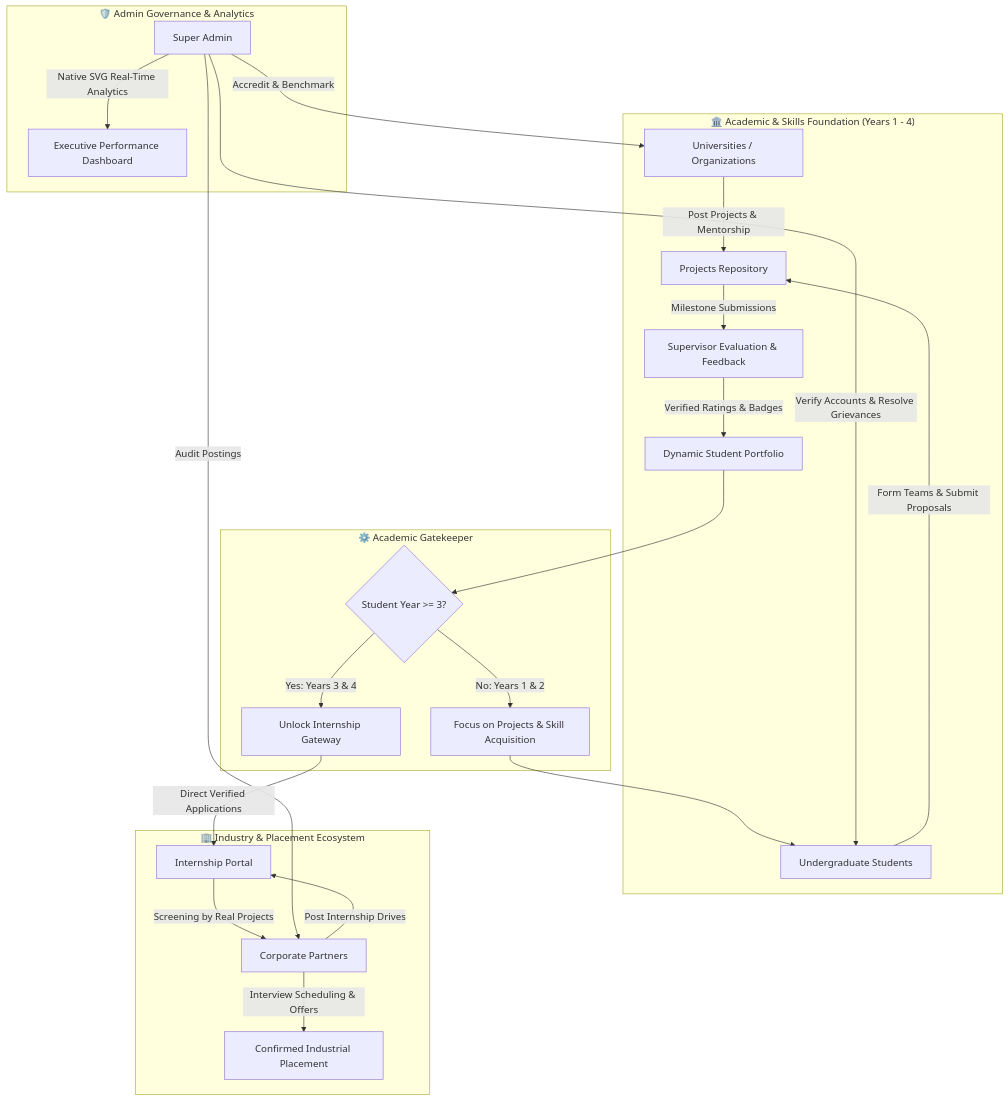
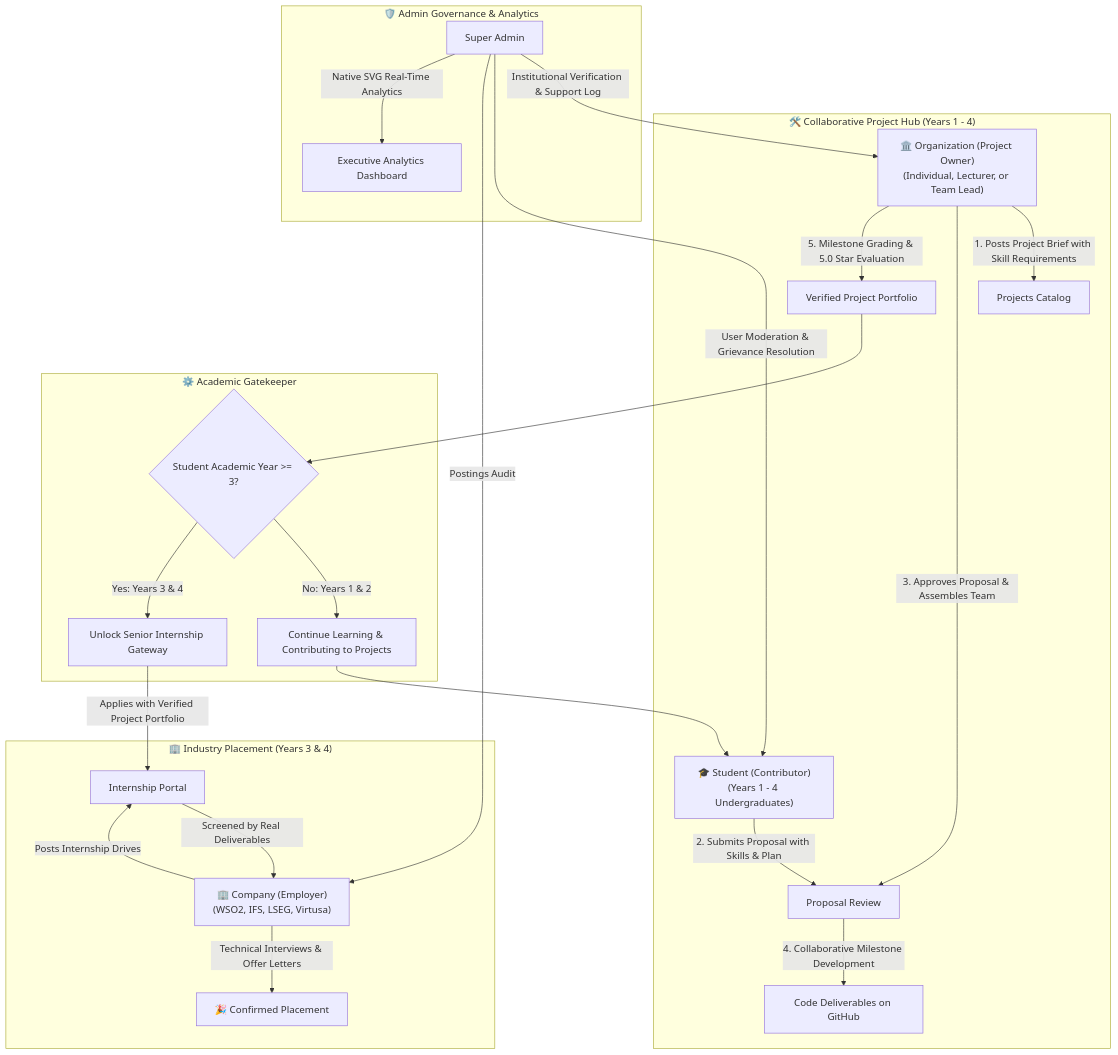
One commit to harithainduwara05/Skill_Bridge_Group_Project changed the diagram in README.md. Above: the diagram before and after it, drawn with Mermaid. The commit also changed other lines of this file and 1 other file, not shown here.

Commit message:
docs:add visual diagram to the readmefile

````diff
--- a/README.md
+++ b/README.md
@@ -128,30 +143,31 @@
 ```mermaid
 flowchart TD
-    subgraph Academic_Ecosystem["🏛️ Academic & Skills Foundation (Years 1 - 4)"]
-        U[Universities / Organizations] -->|Post Projects & Mentorship| P[Projects Repository]
-        S[Undergraduate Students] -->|Form Teams & Submit Proposals| P
-        P -->|Milestone Submissions| F[Supervisor Evaluation & Feedback]
-        F -->|Verified Ratings & Badges| PORT[Dynamic Student Portfolio]
+    subgraph Project_Ecosystem["🛠️ Collaborative Project Hub (Years 1 - 4)"]
+        ORG["🏛️ Organization (Project Owner)<br>(Individual, Lecturer, or Team Lead)"] -->|1. Posts Project Brief with Skill Requirements| PROJ[Projects Catalog]
+        STU["🎓 Student (Contributor)<br>(Years 1 - 4 Undergraduates)"] -->|2. Submits Proposal with Skills & Plan| PROP[Proposal Review]
+        ORG -->|3. Approves Proposal & Assembles Team| PROP
+        PROP -->|4. Collaborative Milestone Development| DELIV[Code Deliverables on GitHub]
+        ORG -->|5. Milestone Grading & 5.0 Star Evaluation| CERT[Verified Project Portfolio]
     end
 
-    subgraph Eligibility_Gate["⚙️ Academic Gatekeeper"]
-        PORT --> EG{Student Year >= 3?}
-        EG -->|No: Years 1 & 2| DEV[Focus on Projects & Skill Acquisition]
-        DEV --> S
-        EG -->|Yes: Years 3 & 4| GATEWAY[Unlock Internship Gateway]
+    subgraph Eligibility_Gatekeeper["⚙️ Academic Gatekeeper"]
+        CERT --> GATE{Student Academic Year >= 3?}
+        GATE -->|No: Years 1 & 2| CONT[Continue Learning & Contributing to Projects]
+        CONT --> STU
+        GATE -->|Yes: Years 3 & 4| SENIOR[Unlock Senior Internship Gateway]
     end
 
-    subgraph Industry_Ecosystem["🏢 Industry & Placement Ecosystem"]
-        C[Corporate Partners] -->|Post Internship Drives| INT[Internship Portal]
-        GATEWAY -->|Direct Verified Applications| INT
-        INT -->|Screening by Real Projects| C
-        C -->|Interview Scheduling & Offers| PLACED[Confirmed Industrial Placement]
+    subgraph Corporate_Recruitment["🏢 Industry Placement (Years 3 & 4)"]
+        COMP["🏢 Company (Employer)<br>(WSO2, IFS, LSEG, Virtusa)"] -->|Posts Internship Drives| DRIVES[Internship Portal]
+        SENIOR -->|Applies with Verified Project Portfolio| DRIVES
+        DRIVES -->|Screened by Real Deliverables| COMP
+        COMP -->|Technical Interviews & Offer Letters| HIRED[🎉 Confirmed Placement]
     end
 
-    subgraph Platform_Governance["🛡️ Admin Governance & Analytics"]
-        ADM[Super Admin] -->|Accredit & Benchmark| U
-        ADM -->|Verify Accounts & Resolve Grievances| S
-        ADM -->|Audit Postings| C
-        ADM -->|Native SVG Real-Time Analytics| AN[Executive Performance Dashboard]
+    subgraph Governance["🛡️ Admin Governance & Analytics"]
+        ADM[Super Admin] -->|Institutional Verification & Support Log| ORG
+        ADM -->|User Moderation & Grievance Resolution| STU
+        ADM -->|Postings Audit| COMP
+        ADM -->|Native SVG Real-Time Analytics| METRICS[Executive Analytics Dashboard]
     end
 ```
````
